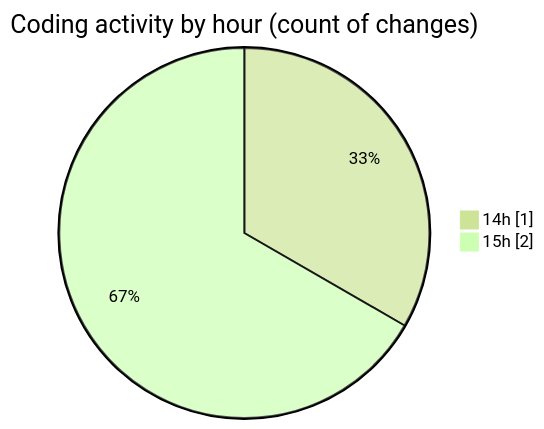
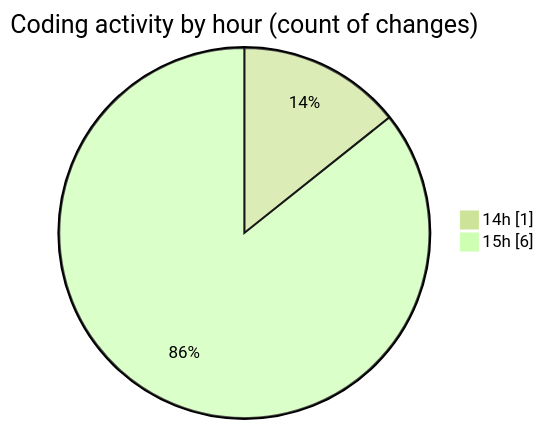
Before and after one commit to vahidmafi/code-tracking: the second of 2 diagrams in 2025-06-07/www/README.md, drawn with Mermaid (forest theme). The commit also changed other lines of this file and 1 other file, not shown here.

````diff
--- a/2025-06-07/www/README.md
+++ b/2025-06-07/www/README.md
@@ -29,6 +29,6 @@
 ```mermaid
 pie showData
 title Coding activity by hour (count of changes)
 "14h" : 1
-"15h" : 2
+"15h" : 6
 ```
````
